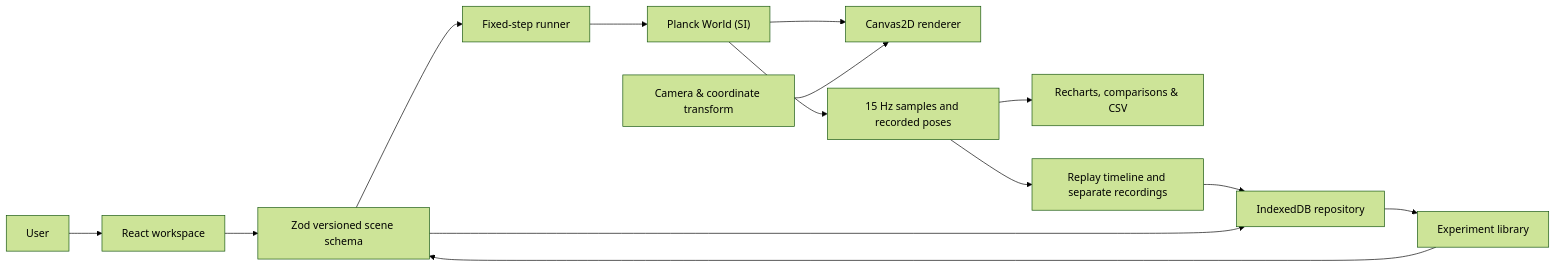
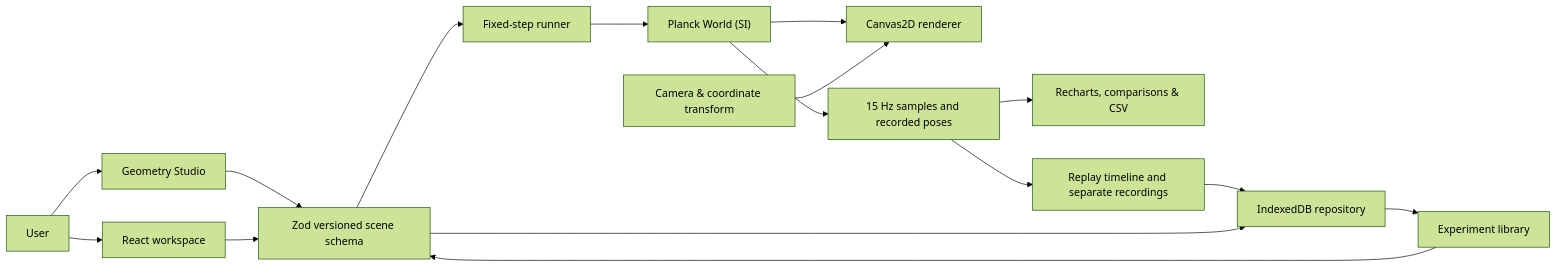
One commit to jasmine513317-debug/PhysicLab changed the diagram in docs/architecture.md. Above: the diagram before and after it, drawn with Mermaid (forest theme). The commit also changed other lines of this file and 63 other files, not shown here.

````diff
--- a/docs/architecture.md
+++ b/docs/architecture.md
@@ -3,16 +3,18 @@
 ```mermaid
 flowchart LR
-    User --> Workbench["React workspace"]
+  User --> Workbench["React workspace"]
+  User --> Geometry["Geometry Studio"]
+  Geometry --> Schema
     Workbench --> Schema["Zod versioned scene schema"]
     Schema --> Runner["Fixed-step runner"]
     Runner --> World["Planck World (SI)"]
     World --> Render["Canvas2D renderer"]
     Camera["Camera & coordinate transform"] --> Render
     World --> Sampler["15 Hz samples and recorded poses"]
     Sampler --> Charts["Recharts, comparisons & CSV"]
     Sampler --> Replay["Replay timeline and separate recordings"]
     Replay --> Repository
     Schema --> Repository["IndexedDB repository"]
     Repository --> Library["Experiment library"]
     Library --> Schema
 ```
````
